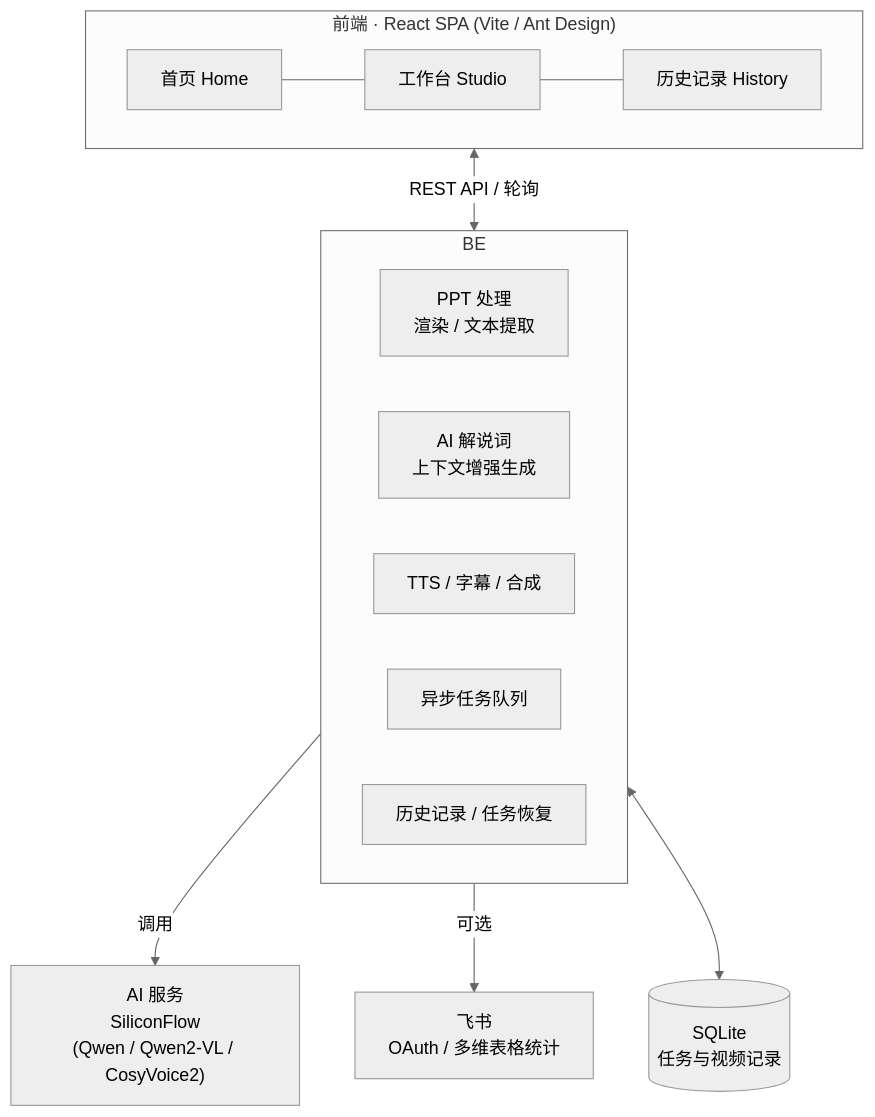
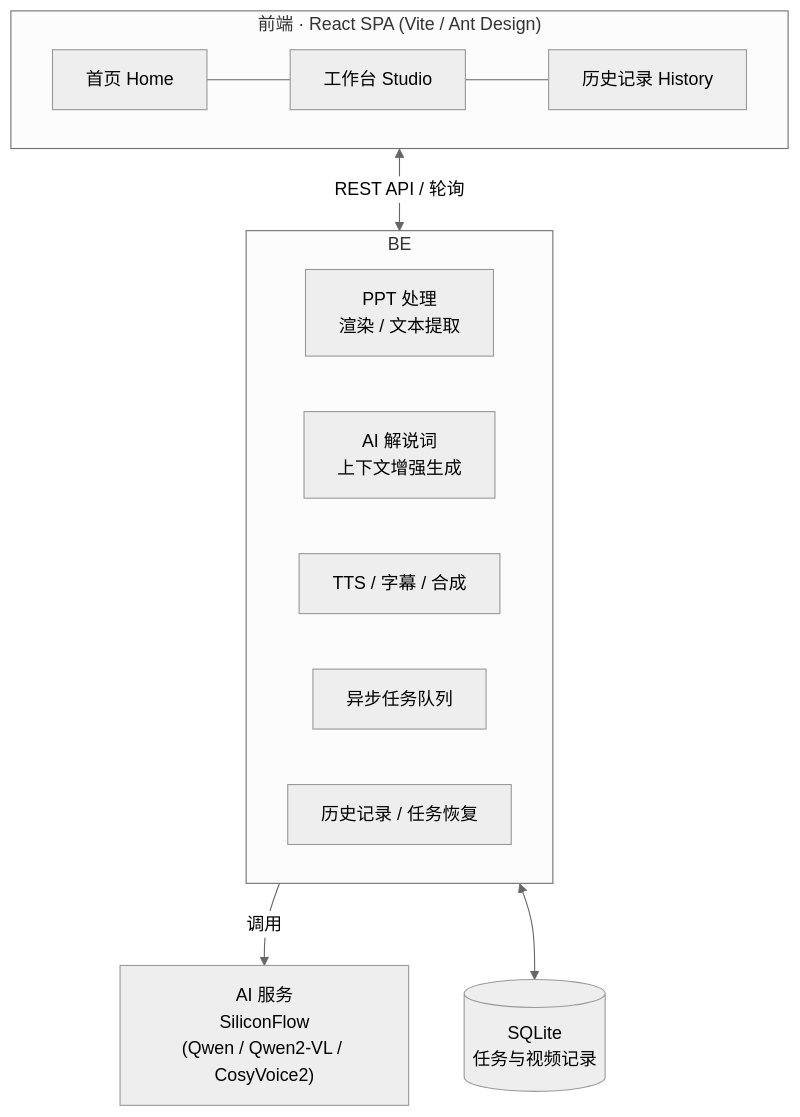
The second of 2 diagrams in README.md (wanfengs66/ppt2video-new), drawn with Mermaid (neutral theme) before and after one commit. The commit also changed other lines of this file and 7 other files, not shown here.

````diff
--- a/README.md
+++ b/README.md
@@ -63,20 +63,19 @@
 ```mermaid
 flowchart TB
     subgraph FE["前端 · React SPA (Vite / Ant Design)"]
         FE1["首页 Home"] --- FE2["工作台 Studio"] --- FE3["历史记录 History"]
     end
 
     FE <-->|REST API / 轮询| BE["后端 · FastAPI (uvicorn / gunicorn)"]
 
     subgraph BE
         A1["PPT 处理<br/>渲染 / 文本提取"]
         A2["AI 解说词<br/>上下文增强生成"]
         A3["TTS / 字幕 / 合成"]
         A4["异步任务队列"]
         A5["历史记录 / 任务恢复"]
     end
 
     BE -->|调用| AI["AI 服务<br/>SiliconFlow<br/>(Qwen / Qwen2-VL / CosyVoice2)"]
-    BE -->|可选| FS["飞书<br/>OAuth / 多维表格统计"]
     BE <--> DB[("SQLite<br/>任务与视频记录")]
 ```
````
